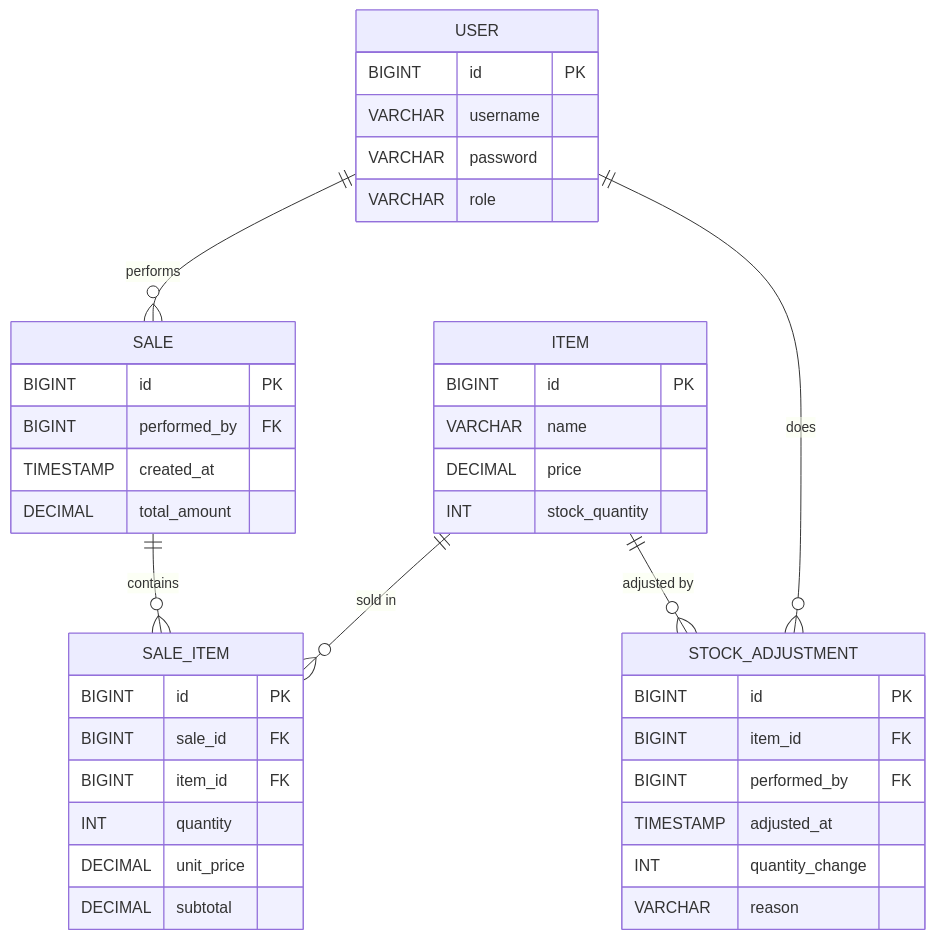
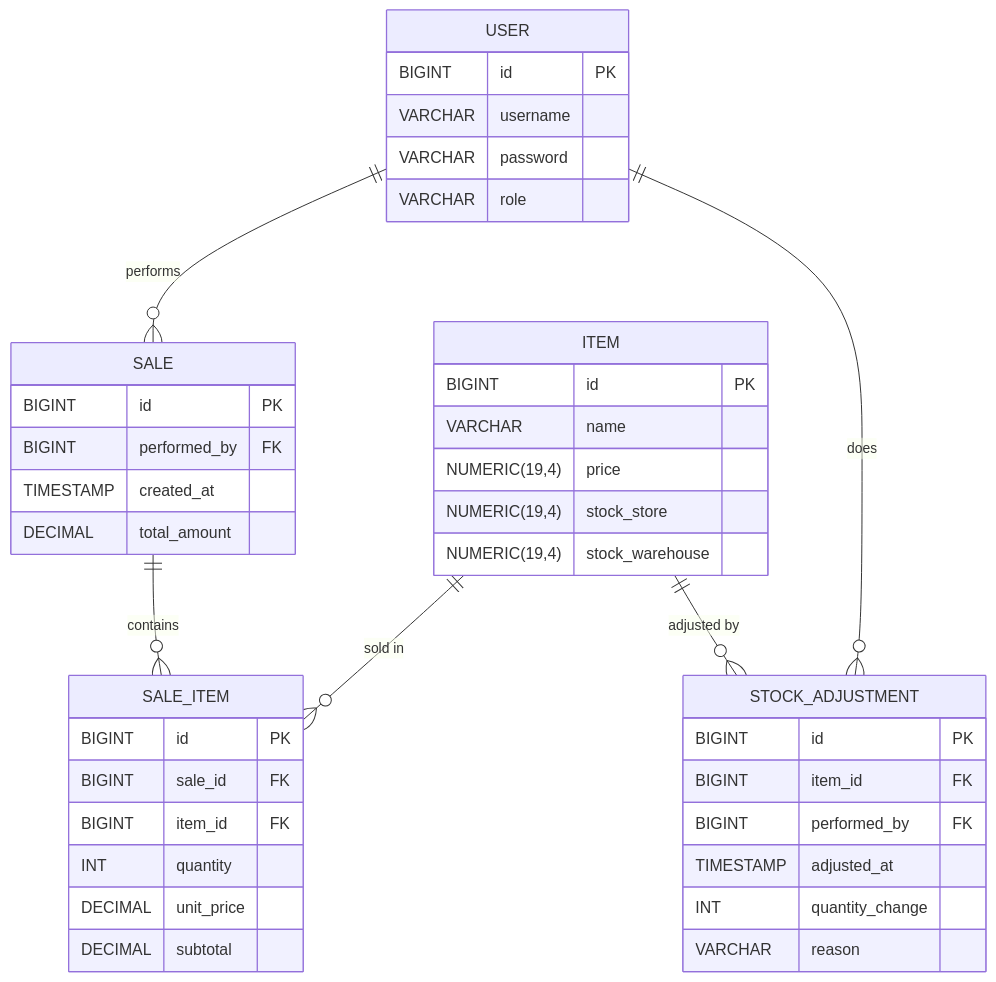
The diagram in README.md (ambrosiusdh/bloom-app), drawn with Mermaid before and after one commit. The commit also changed 24 other files, not shown here.

````diff
--- a/README.md
+++ b/README.md
@@ -1,49 +1,50 @@
 ```mermaid
 erDiagram
 
     USER {
         BIGINT id PK
         VARCHAR username
         VARCHAR password
         VARCHAR role
     }
 
     ITEM {
         BIGINT id PK
         VARCHAR name
-        DECIMAL price
-        INT stock_quantity
+        NUMERIC(19,4) price
+        NUMERIC(19,4) stock_store
+        NUMERIC(19,4) stock_warehouse
     }
 
     SALE {
         BIGINT id PK
         BIGINT performed_by FK
         TIMESTAMP created_at
         DECIMAL total_amount
     }
 
     SALE_ITEM {
         BIGINT id PK
         BIGINT sale_id FK
         BIGINT item_id FK
         INT quantity
         DECIMAL unit_price
         DECIMAL subtotal
     }
 
     STOCK_ADJUSTMENT {
         BIGINT id PK
         BIGINT item_id FK
         BIGINT performed_by FK
         TIMESTAMP adjusted_at
         INT quantity_change
         VARCHAR reason
     }
 
     USER ||--o{ SALE : "performs"
     SALE ||--o{ SALE_ITEM : "contains"
     ITEM ||--o{ SALE_ITEM : "sold in"
     ITEM ||--o{ STOCK_ADJUSTMENT : "adjusted by"
     USER ||--o{ STOCK_ADJUSTMENT : "does"
 
 ```
````
